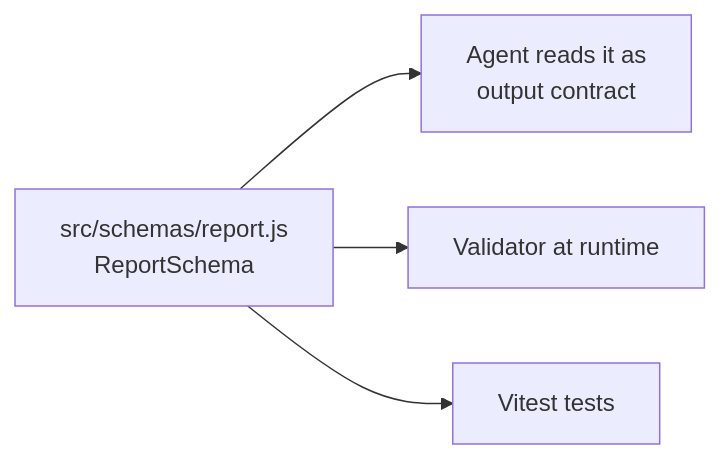
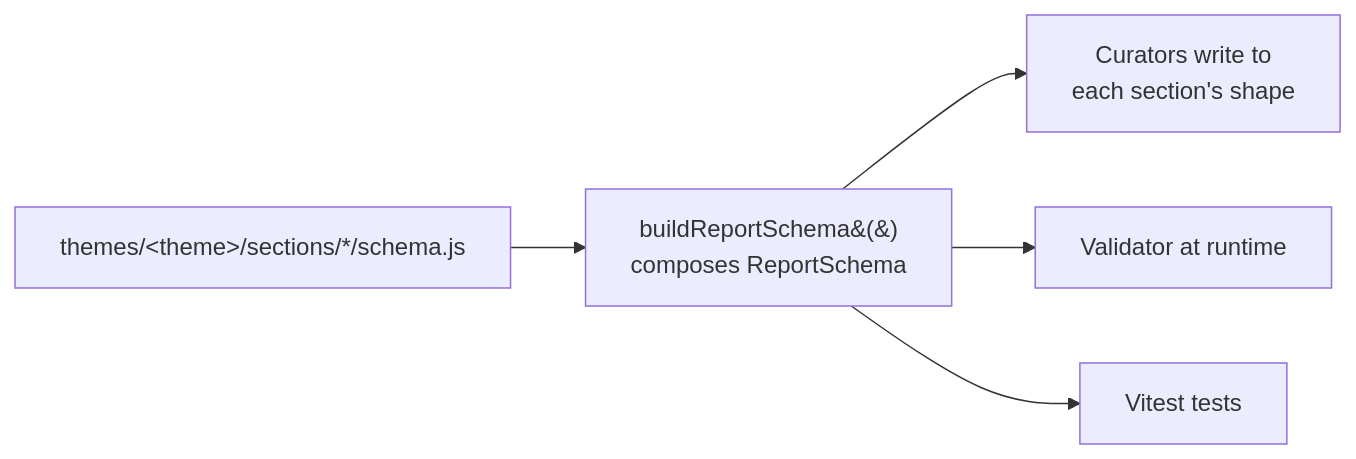
Before and after one commit to bolin8017/ai-daily-report: the third of 3 diagrams in docs/architecture.md, drawn with Mermaid. The commit also changed other lines of this file and 6 other files, not shown here.

First line of the commit message:
docs: sync all docs to post-cutover architecture (#41)

````diff
--- a/docs/architecture.md
+++ b/docs/architecture.md
@@ -139,6 +160,7 @@
 ```mermaid
 flowchart LR
-  Schema[src/schemas/report.js<br/>ReportSchema] --> Agent[Agent reads it as<br/>output contract]
-  Schema --> Validator[Validator at runtime]
-  Schema --> Tests[Vitest tests]
+  Sections[themes/&lt;theme&gt;/sections/*/schema.js] --> Build[buildReportSchema&#40;&#41;<br/>composes ReportSchema]
+  Build --> Curators[Curators write to<br/>each section's shape]
+  Build --> Validator[Validator at runtime]
+  Build --> Tests[Vitest tests]
 ```
````
